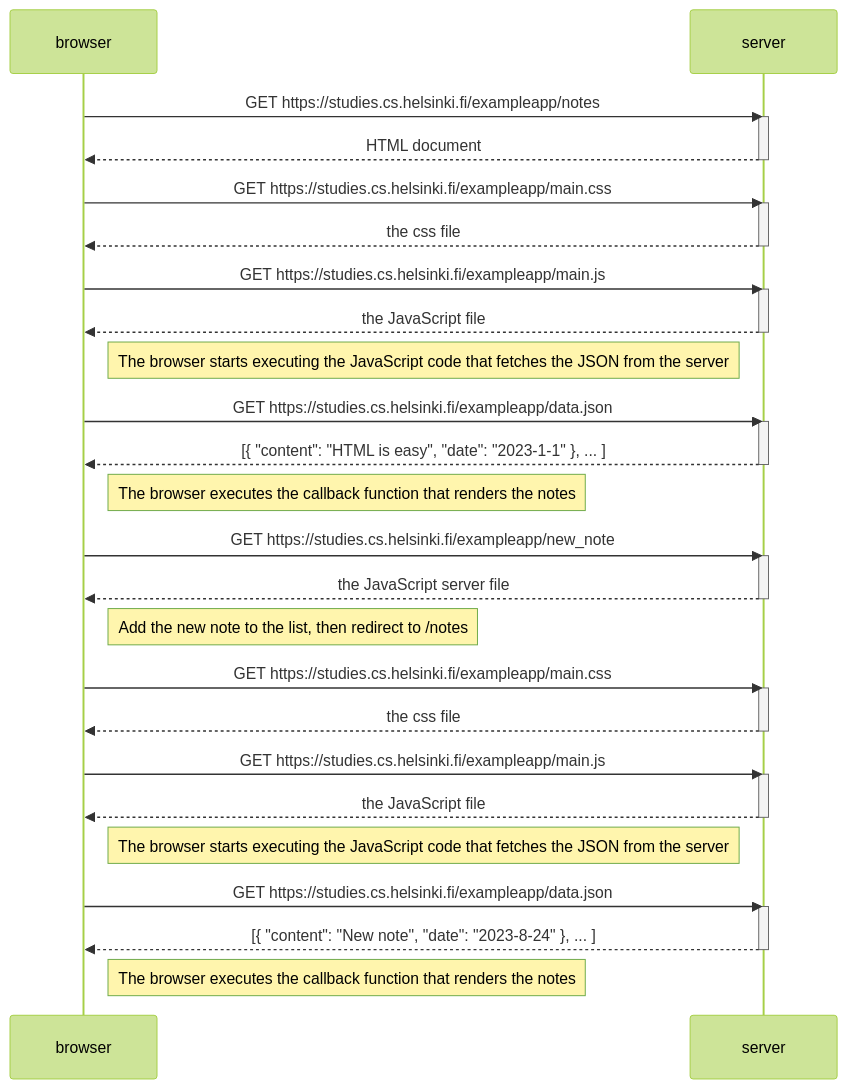
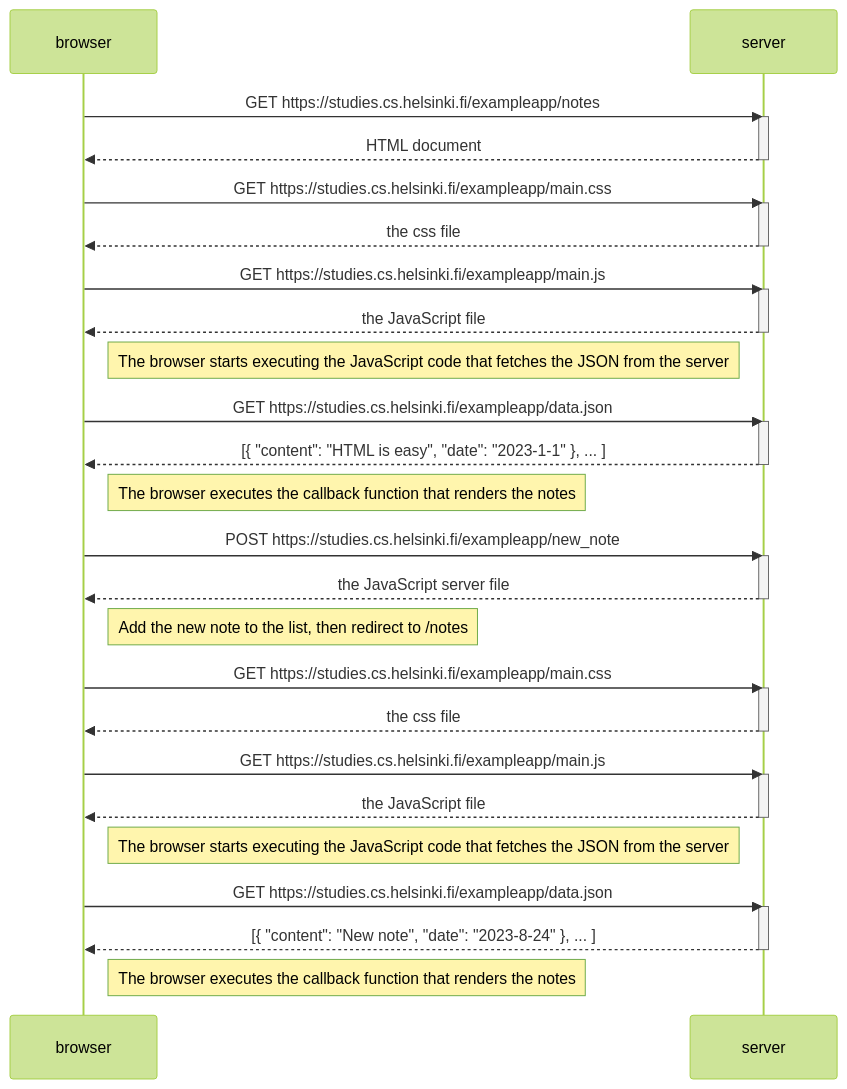
The diagram in part0/exercise-04-new-note-diagram.md (calais-commits/fso), drawn with Mermaid (forest theme) before and after one commit.

````diff
--- a/part0/exercise-04-new-note-diagram.md
+++ b/part0/exercise-04-new-note-diagram.md
@@ -1,55 +1,55 @@
 ```mermaid
 sequenceDiagram;
     participant browser
     participant server
 
     browser->>server: GET https://studies.cs.helsinki.fi/exampleapp/notes
     activate server
     server-->>browser: HTML document
     deactivate server
 
     browser->>server: GET https://studies.cs.helsinki.fi/exampleapp/main.css
     activate server
     server-->>browser: the css file
     deactivate server
 
     browser->>server: GET https://studies.cs.helsinki.fi/exampleapp/main.js
     activate server
     server-->>browser: the JavaScript file
     deactivate server
 
     Note right of browser: The browser starts executing the JavaScript code that fetches the JSON from the server
 
     browser->>server: GET https://studies.cs.helsinki.fi/exampleapp/data.json
     activate server
     server-->>browser: [{ "content": "HTML is easy", "date": "2023-1-1" }, ... ]
     deactivate server
 
     Note right of browser: The browser executes the callback function that renders the notes
 
-    browser->>server: GET https://studies.cs.helsinki.fi/exampleapp/new_note
+    browser->>server: POST https://studies.cs.helsinki.fi/exampleapp/new_note
     activate server
     server-->>browser: the JavaScript server file
     deactivate server
 
     Note right of browser: Add the new note to the list, then redirect to /notes
 
     browser->>server: GET https://studies.cs.helsinki.fi/exampleapp/main.css
     activate server
     server-->>browser: the css file
     deactivate server
 
     browser->>server: GET https://studies.cs.helsinki.fi/exampleapp/main.js
     activate server
     server-->>browser: the JavaScript file
     deactivate server
 
     Note right of browser: The browser starts executing the JavaScript code that fetches the JSON from the server
 
     browser->>server: GET https://studies.cs.helsinki.fi/exampleapp/data.json
     activate server
     server-->>browser: [{ "content": "New note", "date": "2023-8-24" }, ... ]
     deactivate server
 
     Note right of browser: The browser executes the callback function that renders the notes
 ```
````
